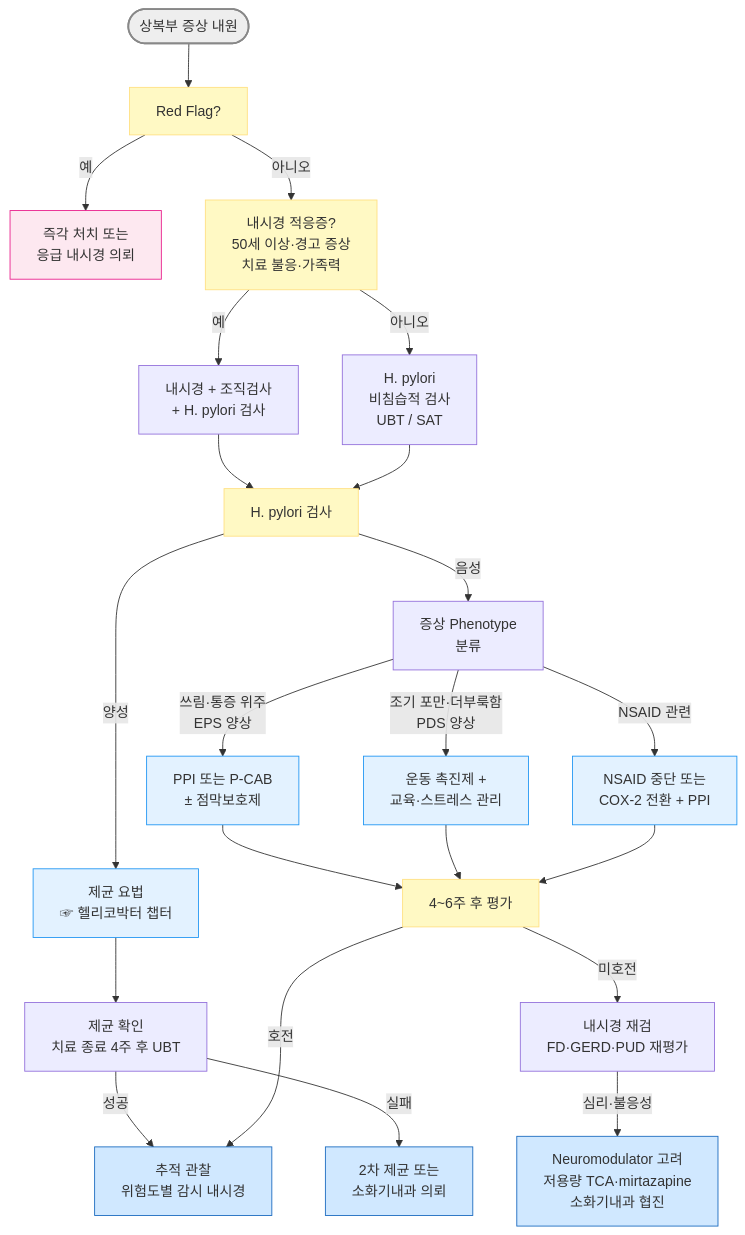
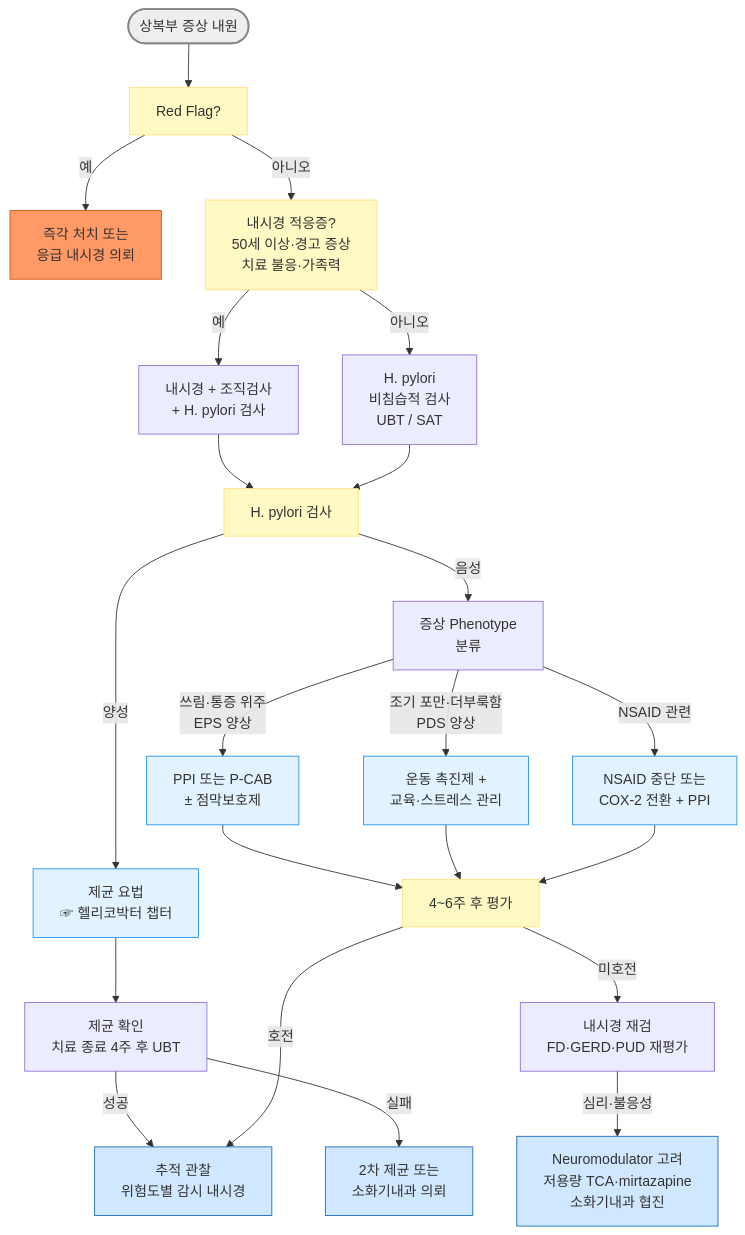
One commit to familyoh77/familyoh77 changed the diagram in 224_/078_-gastritis.md. Above: the diagram before and after it, drawn with Mermaid. The commit also changed 1 other file, not shown here.

Commit message:
GITBOOK-911: No subject

````diff
--- a/224_/078_-gastritis.md
+++ b/224_/078_-gastritis.md
@@ -152,51 +152,51 @@
 ```mermaid
 graph TD
     A([상복부 증상 내원])
     B[Red Flag?]
     C[즉각 처치 또는<br/>응급 내시경 의뢰]
     D[내시경 적응증?<br/>50세 이상·경고 증상<br/>치료 불응·가족력]
     E[내시경 + 조직검사<br/>+ H. pylori 검사]
     F[H. pylori<br/>비침습적 검사<br/>UBT / SAT]
     G[H. pylori 검사 ]
     H[제균 요법<br/>☞ 헬리코박터 챕터]
     I[증상 Phenotype<br/>분류]
     J[제균 확인<br/>치료 종료 4주 후 UBT]
     K[추적 관찰<br/>위험도별 감시 내시경]
     L[2차 제균 또는<br/>소화기내과 의뢰]
     M[PPI 또는 P-CAB<br/>± 점막보호제]
     N[운동 촉진제 + <br/>교육·스트레스 관리]
     O[NSAID 중단 또는<br/>COX-2 전환 + PPI]
     P[4~6주 후 평가]
     Q[내시경 재검<br/>FD·GERD·PUD 재평가]
     R[Neuromodulator 고려<br/>저용량 TCA·mirtazapine<br/>소화기내과 협진]
 
     A --> B
     B -->|예| C
     B -->|아니오| D
     D -->|예| E
     D -->|아니오| F
     E --> G
     F --> G
     G ---->|양성| H
     G -->|음성| I
     H --> J
     J -->|성공| K
     J -->|실패| L
     I -->|쓰림·통증 위주<br/>EPS 양상| M
     I -->|조기 포만·더부룩함<br/>PDS 양상| N
     I -->|NSAID 관련| O
     M --> P
     N --> P
     O --> P
     P -->|호전| K
     P -->|미호전| Q
     Q -->|심리·불응성| R
 style A fill:#eeeeee,stroke:#888888,stroke-width:2px
 classDef yellow fill:#fff9c4,stroke:#ffe082
 class B,D,G,P yellow
 classDef sky fill:#e3f2ff,stroke:#2196f3
 class H,M,N,O sky
 classDef blue fill:#d0e8ff,stroke:#1a6abf
 class K,L,R blue
-    style C fill:#fde8f0,stroke:#e91e8c
+    style C fill:#ff9966,stroke:#cc5500
 ```
````
